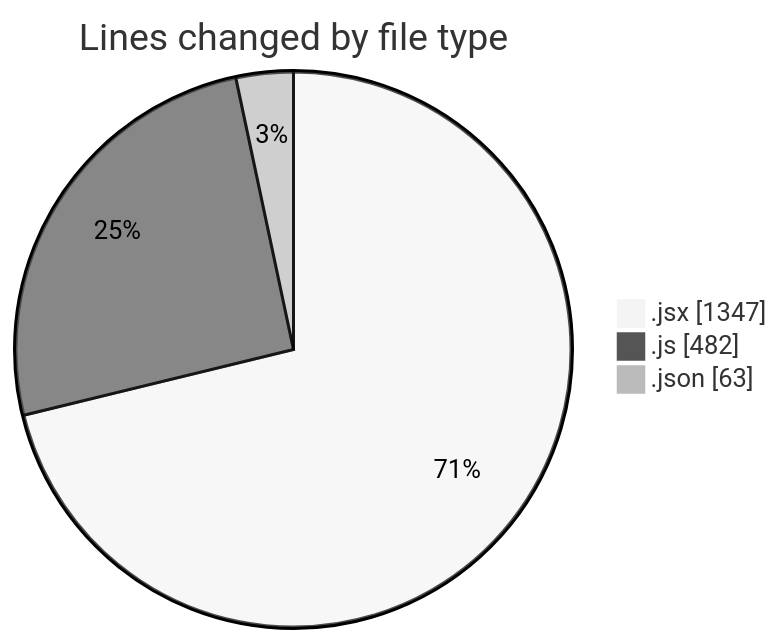
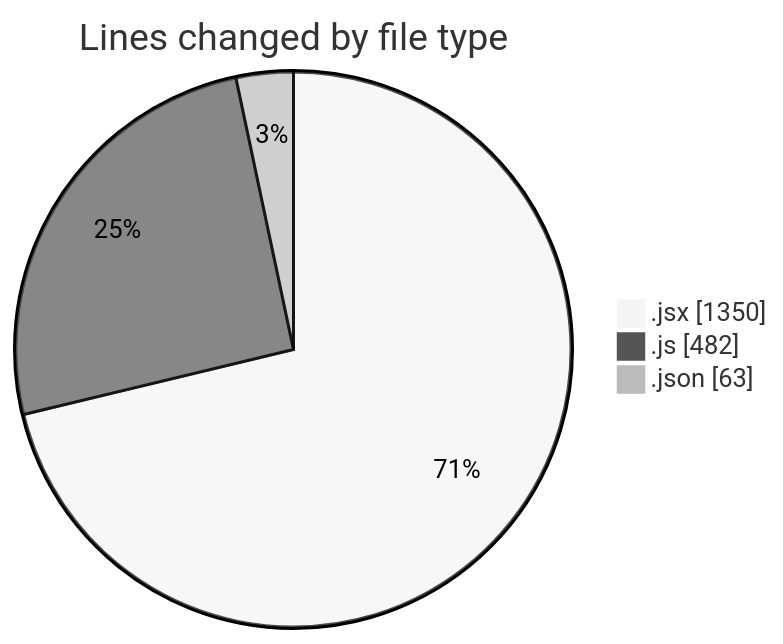
Before and after one commit to nxtqubesakshisongat/code-tracking: the first of 2 diagrams in 2025-08-18/nxtqube_webapp/README.md, drawn with Mermaid (neutral theme). The commit also changed other lines of this file and 1 other file, not shown here.

````diff
--- a/2025-08-18/nxtqube_webapp/README.md
+++ b/2025-08-18/nxtqube_webapp/README.md
@@ -26,7 +26,7 @@
 ```mermaid
 pie showData
 title Lines changed by file type
-".jsx" : 1347
+".jsx" : 1350
 ".js" : 482
 ".json" : 63
 ```
````
